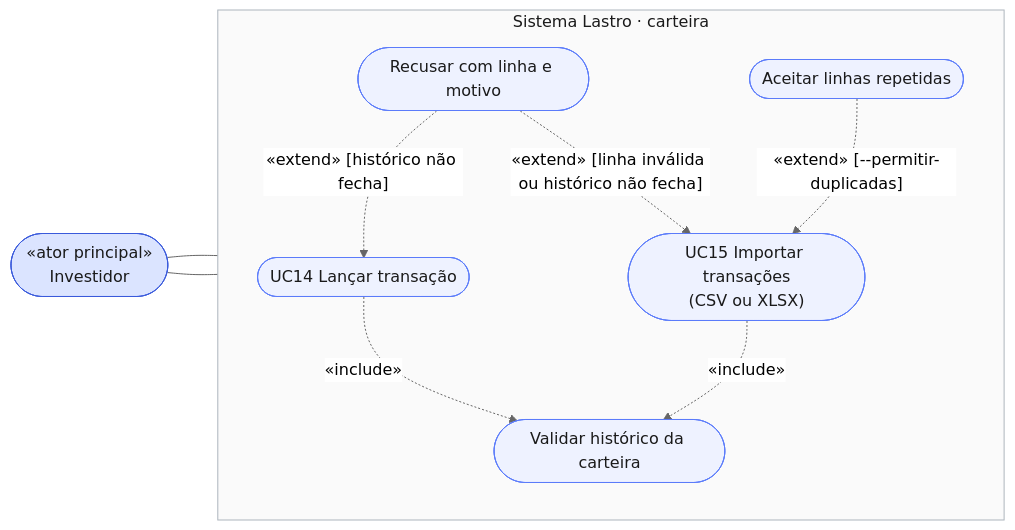
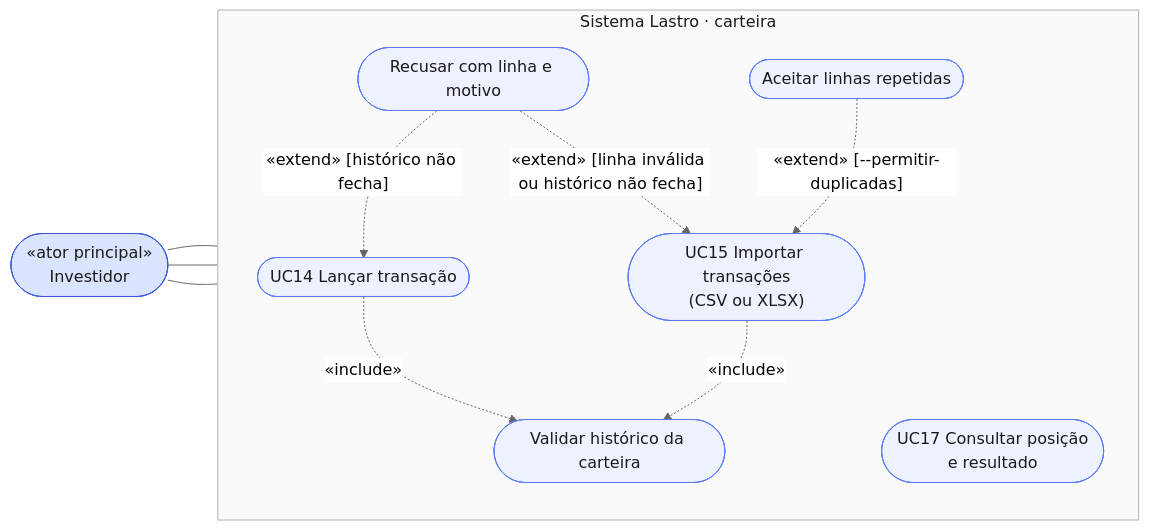
Before and after one commit to luiz2801/lastro: the third of 3 diagrams in docs/diagrama_casos_de_uso.md, drawn with Mermaid (neutral theme). The commit also changed other lines of this file and 10 other files, not shown here.

First line of the commit message:
carteira: posição, preço médio e resultado (ADR 0020, Etapa C2)

````diff
--- a/docs/diagrama_casos_de_uso.md
+++ b/docs/diagrama_casos_de_uso.md
@@ -145,26 +145,28 @@
 ```mermaid
 flowchart LR
     inv(["«ator principal»<br/>Investidor"]):::ator
 
     subgraph SIS["Sistema Lastro · carteira"]
         direction TB
         uc14(["UC14 Lançar transação"])
         uc15(["UC15 Importar transações<br/>(CSV ou XLSX)"])
+        uc17(["UC17 Consultar posição<br/>e resultado"])
         val(["Validar histórico da carteira"])
         rec(["Recusar com linha e motivo"])
         dup(["Aceitar linhas repetidas"])
     end
 
     inv --- uc14
     inv --- uc15
+    inv --- uc17
     uc14 -.->|"«include»"| val
     uc15 -.->|"«include»"| val
     rec -.->|"«extend» [linha inválida ou histórico não fecha]"| uc15
     rec -.->|"«extend» [histórico não fecha]"| uc14
     dup -.->|"«extend» [--permitir-duplicadas]"| uc15
 
-    class uc14,uc15,val,rec,dup caso
+    class uc14,uc15,uc17,val,rec,dup caso
     style SIS fill:#fafafa,stroke:#adb5bd,color:#1a1a1a
     classDef ator fill:#dbe4ff,stroke:#3b5bdb,color:#1a1a1a
     classDef caso fill:#eef2ff,stroke:#5c7cfa,color:#1a1a1a
 ```
````
